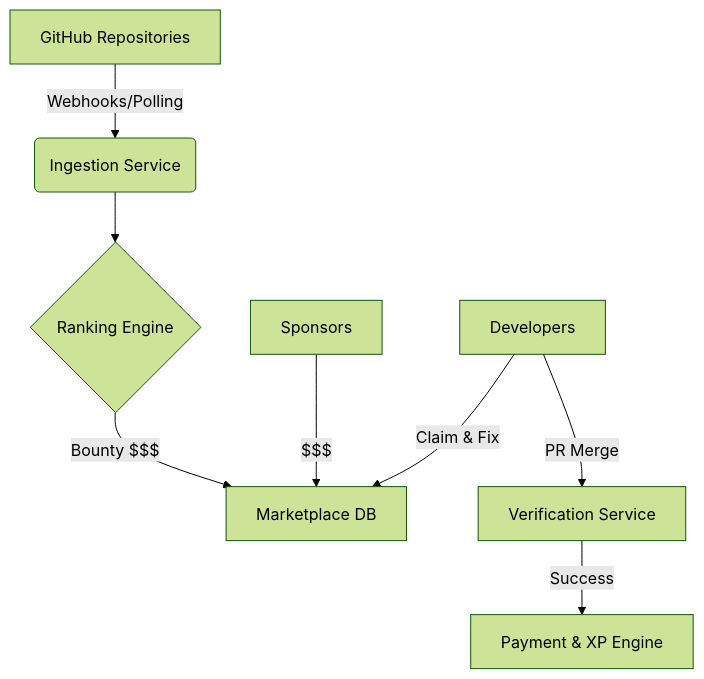
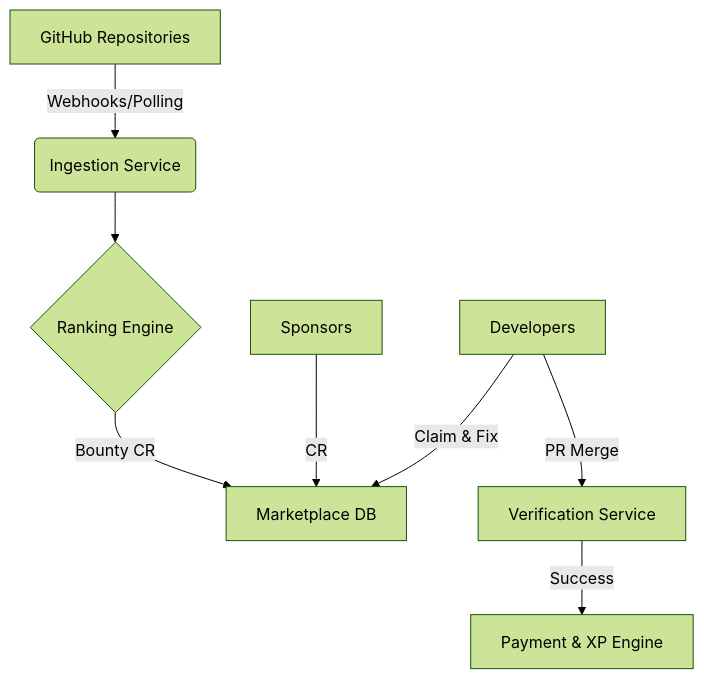
The diagram in Docs/ARCHITECTURE.md (Yugabharathi21/WANTED-git), drawn with Mermaid (forest theme) before and after one commit. The commit also changed 5 other files, not shown here.

Commit message:
feat: establish core frontend layout, navigation, and profile page with stats; add architecture documentation.

````diff
--- a/Docs/ARCHITECTURE.md
+++ b/Docs/ARCHITECTURE.md
@@ -7,10 +7,10 @@
 ```mermaid
 graph TD
     A[GitHub Repositories] -->|Webhooks/Polling| B(Ingestion Service)
     B --> C{Ranking Engine}
-    C -->|Bounty $$$| D[Marketplace DB]
-    E[Sponsors] -->|$$$| D
+    C -->|Bounty CR| D[Marketplace DB]
+    E[Sponsors] -->|CR| D
     F[Developers] -->|Claim & Fix| D
     F -->|PR Merge| G[Verification Service]
     G -->|Success| H[Payment & XP Engine]
 ```
````
